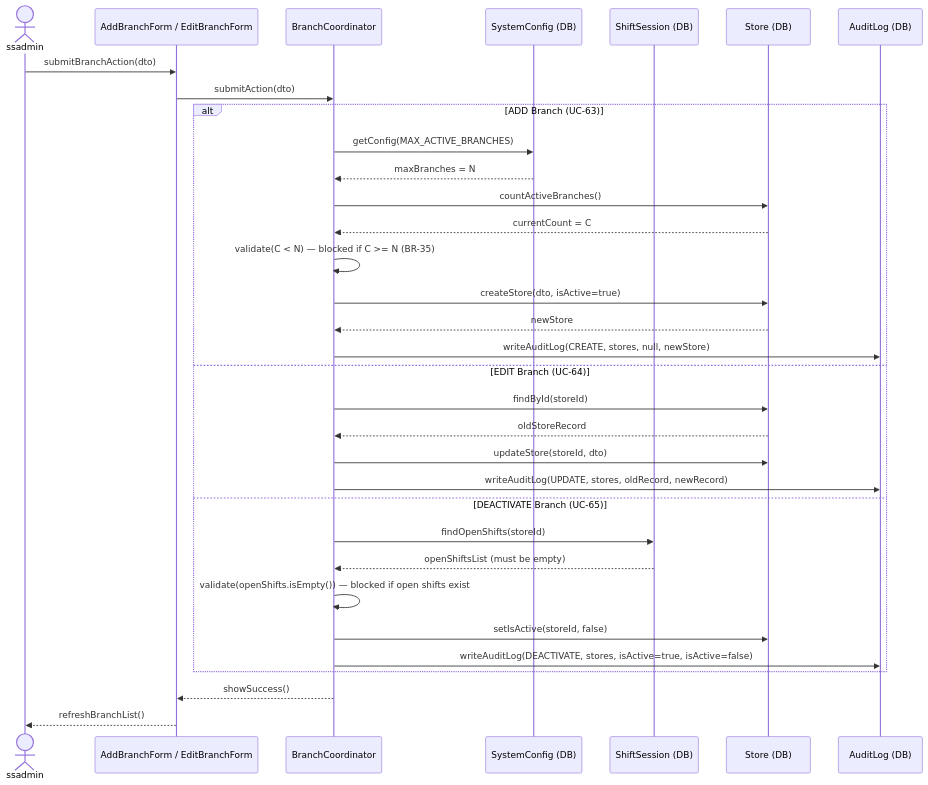
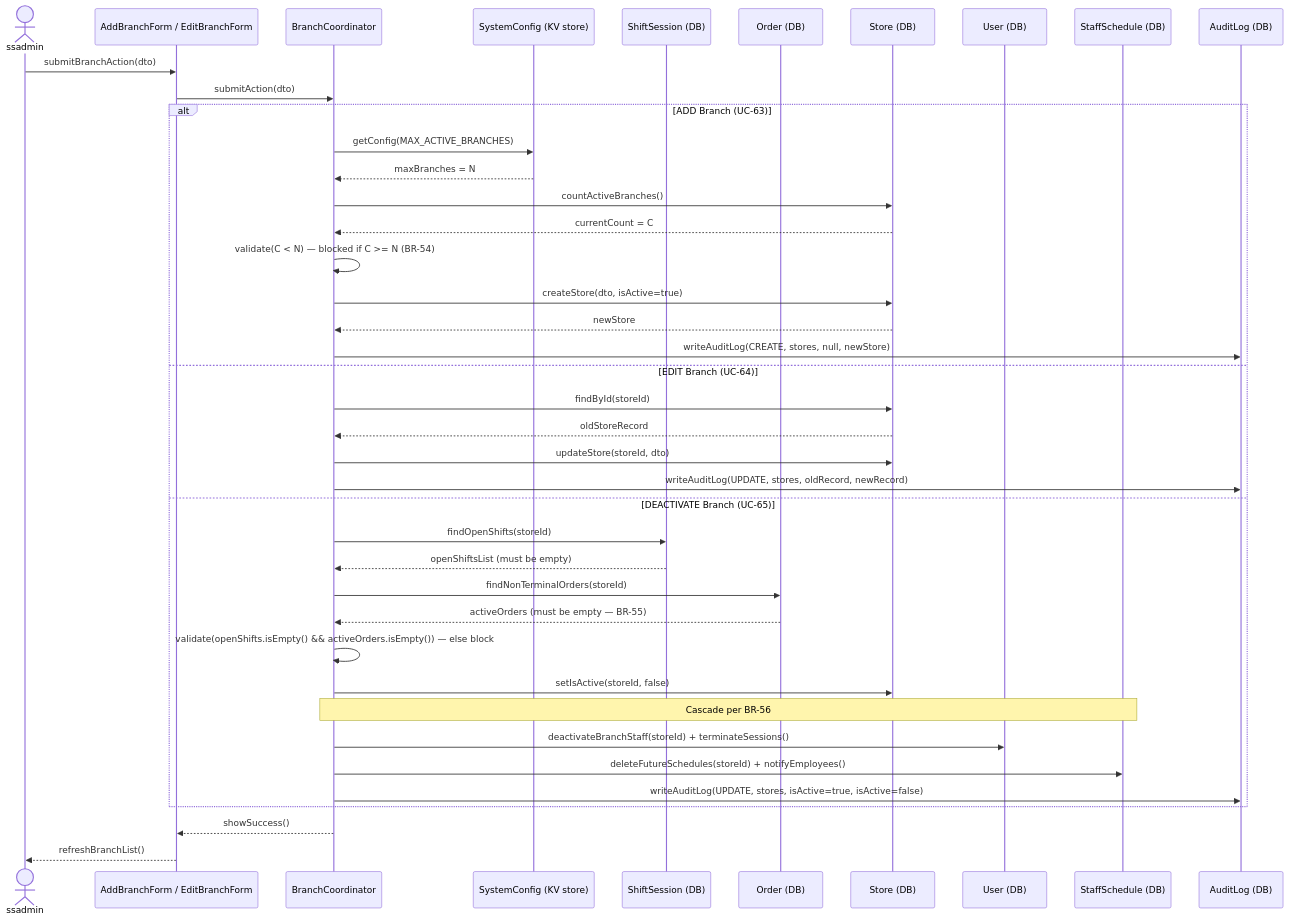
One commit to Shaichi/Khoga_coffe_shop changed the third of 3 diagrams in rds_sections/14_detailed_3_11_config_branch.md. Above: the diagram before and after it, drawn with Mermaid. The commit also changed other lines of this file and 15 other files, not shown here.

````diff
--- a/rds_sections/14_detailed_3_11_config_branch.md
+++ b/rds_sections/14_detailed_3_11_config_branch.md
@@ -125,38 +125,46 @@
 ```mermaid
 sequenceDiagram
     actor ssadmin
     participant BranchForm as AddBranchForm / EditBranchForm
     participant BranchCoord as BranchCoordinator
-    participant ConfigDB as SystemConfig (DB)
+    participant ConfigDB as SystemConfig (KV store)
     participant ShiftDB as ShiftSession (DB)
+    participant OrderDB as Order (DB)
     participant StoreDB as Store (DB)
+    participant UserDB as User (DB)
+    participant ScheduleDB as StaffSchedule (DB)
     participant AuditDB as AuditLog (DB)
 
     ssadmin->>BranchForm: submitBranchAction(dto)
     BranchForm->>BranchCoord: submitAction(dto)
 
     alt ADD Branch (UC-63)
         BranchCoord->>ConfigDB: getConfig(MAX_ACTIVE_BRANCHES)
         ConfigDB-->>BranchCoord: maxBranches = N
         BranchCoord->>StoreDB: countActiveBranches()
         StoreDB-->>BranchCoord: currentCount = C
-        BranchCoord->>BranchCoord: validate(C < N) — blocked if C >= N (BR-35)
+        BranchCoord->>BranchCoord: validate(C < N) — blocked if C >= N (BR-54)
         BranchCoord->>StoreDB: createStore(dto, isActive=true)
         StoreDB-->>BranchCoord: newStore
         BranchCoord->>AuditDB: writeAuditLog(CREATE, stores, null, newStore)
     else EDIT Branch (UC-64)
         BranchCoord->>StoreDB: findById(storeId)
         StoreDB-->>BranchCoord: oldStoreRecord
         BranchCoord->>StoreDB: updateStore(storeId, dto)
         BranchCoord->>AuditDB: writeAuditLog(UPDATE, stores, oldRecord, newRecord)
     else DEACTIVATE Branch (UC-65)
         BranchCoord->>ShiftDB: findOpenShifts(storeId)
         ShiftDB-->>BranchCoord: openShiftsList (must be empty)
-        BranchCoord->>BranchCoord: validate(openShifts.isEmpty()) — blocked if open shifts exist
+        BranchCoord->>OrderDB: findNonTerminalOrders(storeId)
+        OrderDB-->>BranchCoord: activeOrders (must be empty — BR-55)
+        BranchCoord->>BranchCoord: validate(openShifts.isEmpty() && activeOrders.isEmpty()) — else block
         BranchCoord->>StoreDB: setIsActive(storeId, false)
-        BranchCoord->>AuditDB: writeAuditLog(DEACTIVATE, stores, isActive=true, isActive=false)
+        Note over BranchCoord, ScheduleDB: Cascade per BR-56
+        BranchCoord->>UserDB: deactivateBranchStaff(storeId) + terminateSessions()
+        BranchCoord->>ScheduleDB: deleteFutureSchedules(storeId) + notifyEmployees()
+        BranchCoord->>AuditDB: writeAuditLog(UPDATE, stores, isActive=true, isActive=false)
     end
 
     BranchCoord-->>BranchForm: showSuccess()
     BranchForm-->>ssadmin: refreshBranchList()
 ```
````
